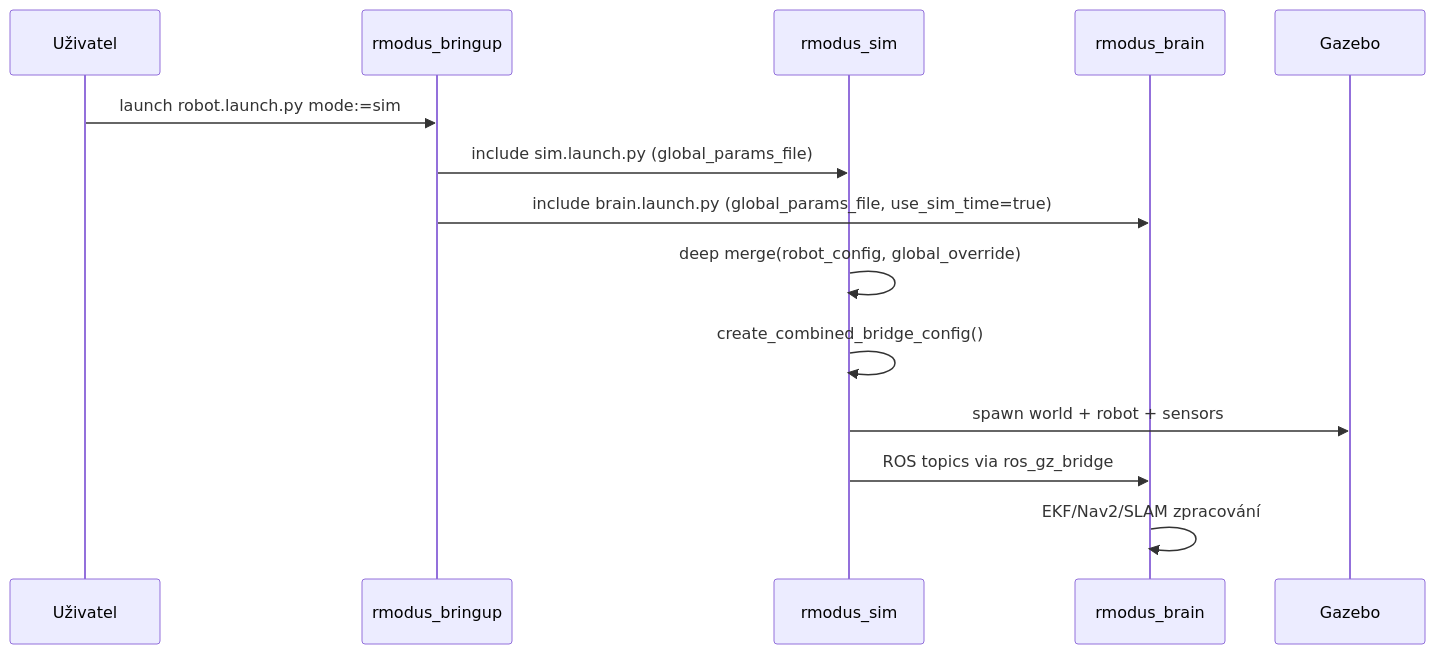
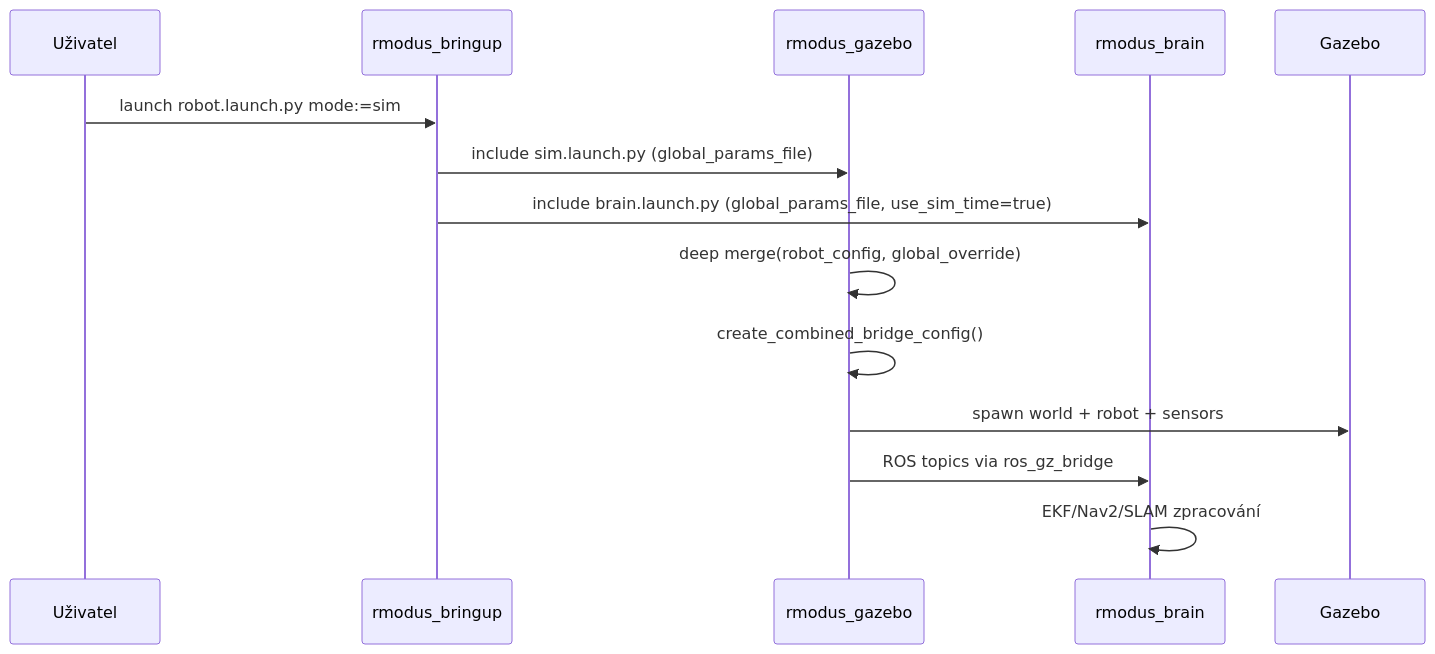
The third of 3 diagrams in docs/rmodus_architektura_a_konfigurace.md (R-MODUS/sw-nav-module), drawn with Mermaid before and after one commit. The commit also changed other lines of this file and 43 other files, not shown here.

````diff
--- a/docs/rmodus_architektura_a_konfigurace.md
+++ b/docs/rmodus_architektura_a_konfigurace.md
@@ -355,17 +355,17 @@
 ```mermaid
 sequenceDiagram
     participant U as Uživatel
     participant B as rmodus_bringup
-    participant S as rmodus_sim
+    participant S as rmodus_gazebo
     participant BR as rmodus_brain
     participant G as Gazebo
 
     U->>B: launch robot.launch.py mode:=sim
     B->>S: include sim.launch.py (global_params_file)
     B->>BR: include brain.launch.py (global_params_file, use_sim_time=true)
     S->>S: deep merge(robot_config, global_override)
     S->>S: create_combined_bridge_config()
     S->>G: spawn world + robot + sensors
     S->>BR: ROS topics via ros_gz_bridge
     BR->>BR: EKF/Nav2/SLAM zpracování
 ```
````
